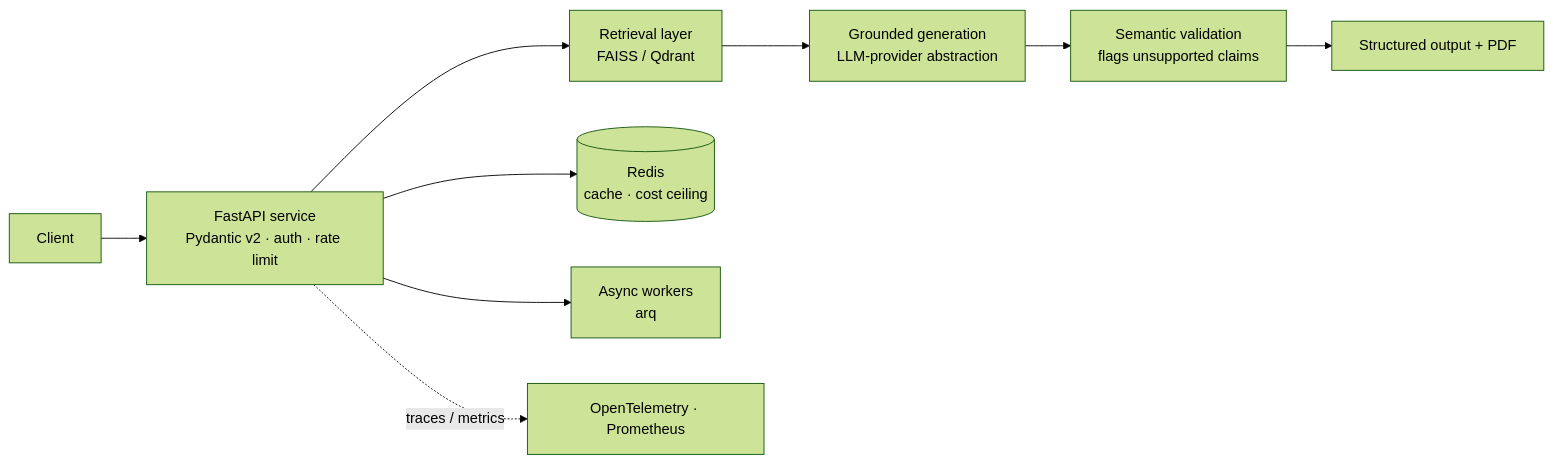
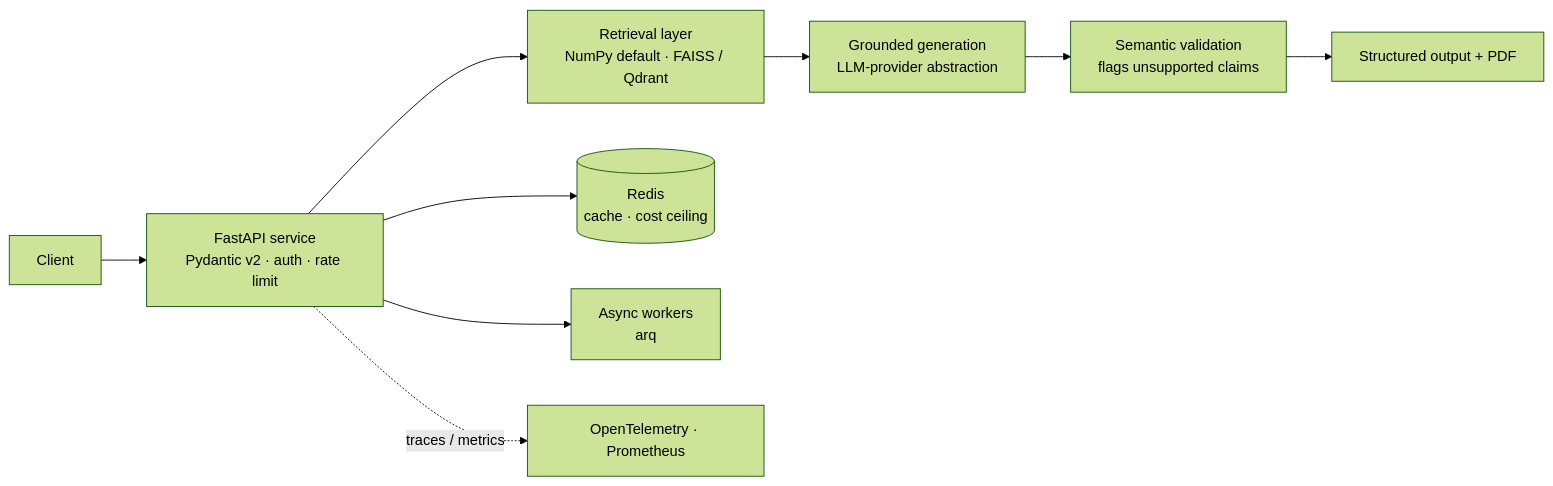
The diagram in README.md (MarwaBS/production-rag-platform), drawn with Mermaid (forest theme) before and after one commit.

Commit message:
docs: label NumPy default in the architecture diagram too (#7)
Re-audit follow-up: the prior PR fixed the badges + body to show NumPy is the
default retrieval store, but the Mermaid diagram node still read "FAISS /
Qdrant" only. The table directly beneath already disclosed the NumPy default, so
this was contextually accurate — but making the diagram node say it too removes
the last spot where a skimmer could read the default as FAISS/Qdrant. Doc only.

````diff
--- a/README.md
+++ b/README.md
@@ -77,11 +77,11 @@
 ```mermaid
 flowchart LR
   U[Client] --> API[FastAPI service<br/>Pydantic v2 · auth · rate limit]
-  API --> RET[Retrieval layer<br/>FAISS / Qdrant]
+  API --> RET[Retrieval layer<br/>NumPy default · FAISS / Qdrant]
   RET --> GEN[Grounded generation<br/>LLM-provider abstraction]
   GEN --> VAL[Semantic validation<br/>flags unsupported claims]
   VAL --> OUT[Structured output + PDF]
   API --> CACHE[(Redis<br/>cache · cost ceiling)]
   API --> WRK[Async workers<br/>arq]
   API -. traces / metrics .-> OBS[OpenTelemetry · Prometheus]
 ```
````
